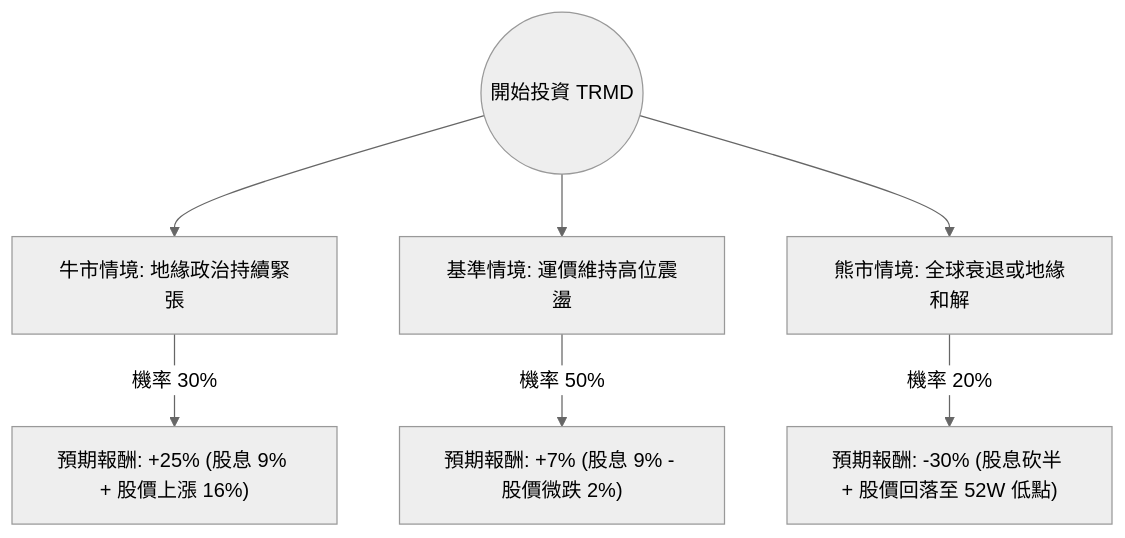
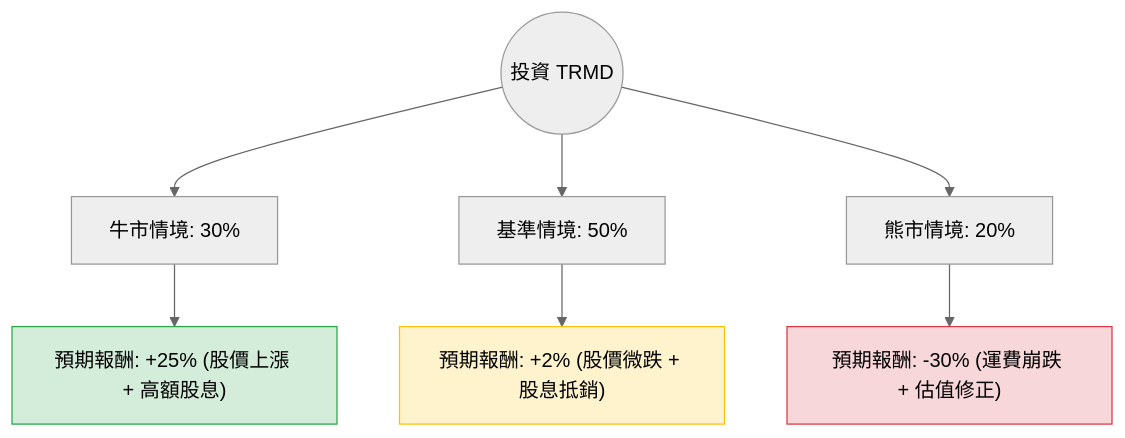
Before and after one commit to zmcx16/zmcx16.github.io: the diagram in plugin-react/ai-analysis/ev-analysis/TRMD.md, drawn with Mermaid (neutral theme). The commit also changed other lines of this file and 85 other files, not shown here.

````diff
--- a/plugin-react/ai-analysis/ev-analysis/TRMD.md
+++ b/plugin-react/ai-analysis/ev-analysis/TRMD.md
@@ -18,10 +20,14 @@
 ```mermaid
 graph TD
-    Start((開始投資 TRMD)) --> Bull[牛市情境: 地緣政治持續緊張]
-    Start --> Base[基準情境: 運價維持高位震盪]
-    Start --> Bear[熊市情境: 全球衰退或地緣和解]
+    Start((投資 TRMD)) --> Bull[牛市情境: 30%]
+    Start --> Base[基準情境: 50%]
+    Start --> Bear[熊市情境: 20%]
 
-    Bull -- "機率 30%" --> BullResult["預期報酬: +25% (股息 9% + 股價上漲 16%)"]
-    Base -- "機率 50%" --> BaseResult["預期報酬: +7% (股息 9% - 股價微跌 2%)"]
-    Bear -- "機率 20%" --> BearResult["預期報酬: -30% (股息砍半 + 股價回落至 52W 低點)"]
+    Bull --> Bull_EV["預期報酬: +25% (股價上漲 + 高額股息)"]
+    Base --> Base_EV["預期報酬: +2% (股價微跌 + 股息抵銷)"]
+    Bear --> Bear_EV["預期報酬: -30% (運費崩跌 + 估值修正)"]
+
+    style Bull_EV fill:#d4edda,stroke:#28a745
+    style Base_EV fill:#fff3cd,stroke:#ffc107
+    style Bear_EV fill:#f8d7da,stroke:#dc3545
 ```
````
